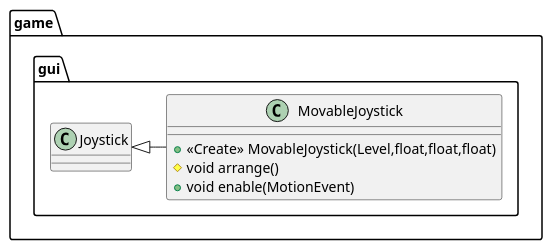
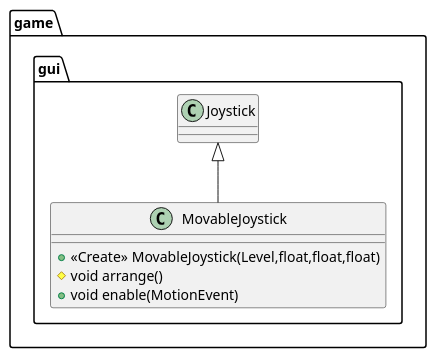
One commit to Avasay-Sayava/BagrutProject changed the diagram in ProjectApp/app/src/main/java/com/avasaysayava/bagrutproject/game/gui/MovableJoystick.puml. Above: the diagram before and after it, drawn with PlantUML. The commit also changed 10 other files, not shown here.

```diff
--- a/ProjectApp/app/src/main/java/com/avasaysayava/bagrutproject/game/gui/MovableJoystick.puml
+++ b/ProjectApp/app/src/main/java/com/avasaysayava/bagrutproject/game/gui/MovableJoystick.puml
@@ -1,11 +1,11 @@
 @startuml
 class game.gui.MovableJoystick {
 + <<Create>> MovableJoystick(Level,float,float,float)
 # void arrange()
 + void enable(MotionEvent)
 }
 
 
 
-game.gui.Joystick <|- game.gui.MovableJoystick
+game.gui.Joystick <|-- game.gui.MovableJoystick
 @enduml
```
